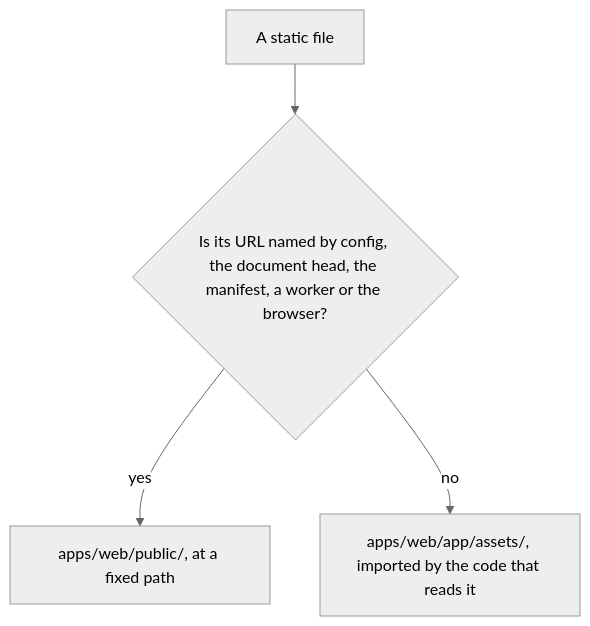
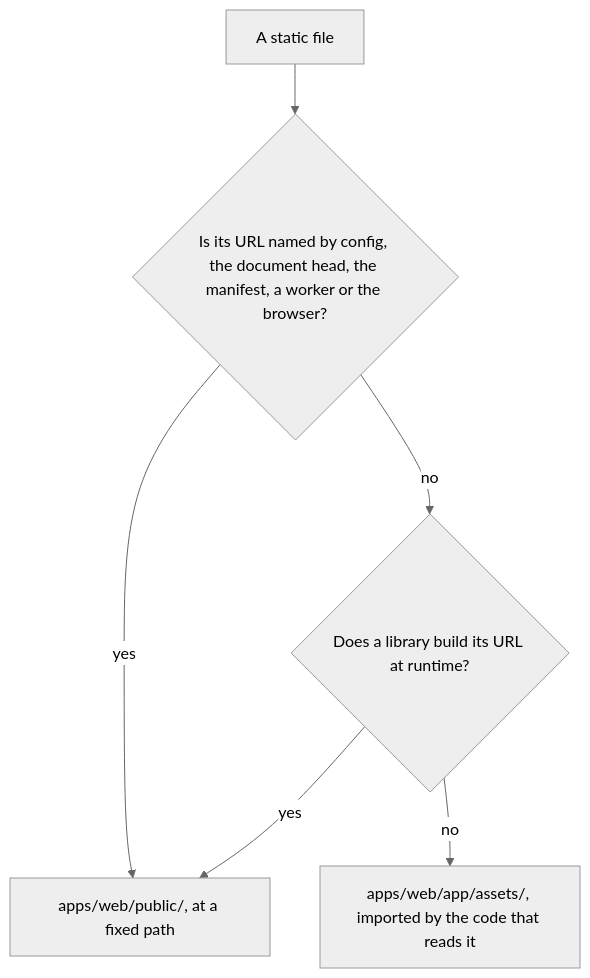
Before and after one commit to Esposter/Esposter: the diagram in openspec/specs/architecture/static-assets/design.md, drawn with Mermaid (neutral theme). The commit also changed 8 other files, not shown here.

````diff
--- a/openspec/specs/architecture/static-assets/design.md
+++ b/openspec/specs/architecture/static-assets/design.md
@@ -7,6 +7,8 @@
 ```mermaid
 flowchart TD
   File["A static file"] --> Named{"Is its URL named by config, the document head, the manifest, a worker or the browser?"}
   Named -->|yes| Public["apps/web/public/, at a fixed path"]
-  Named -->|no| Assets["apps/web/app/assets/, imported by the code that reads it"]
+  Named -->|no| Built{"Does a library build its URL at runtime?"}
+  Built -->|yes| Public
+  Built -->|no| Assets["apps/web/app/assets/, imported by the code that reads it"]
 ```
````
